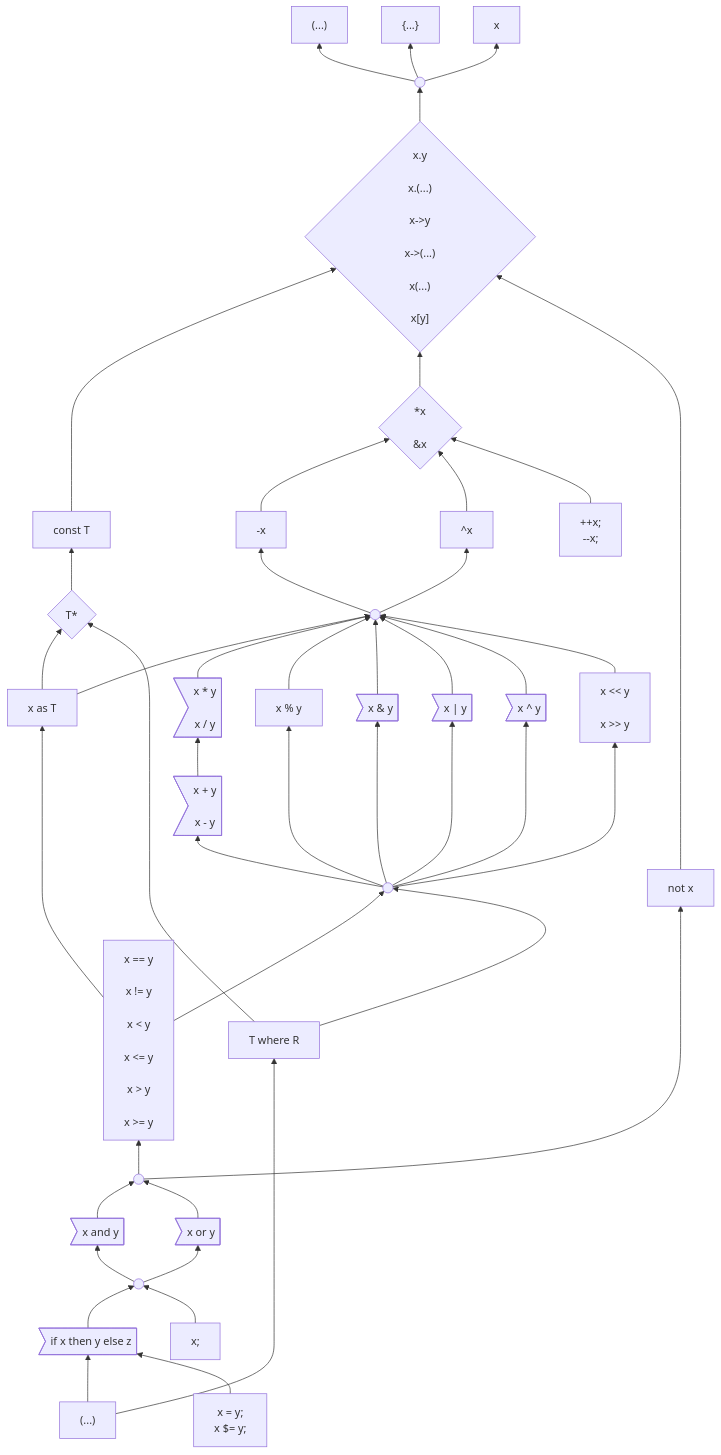
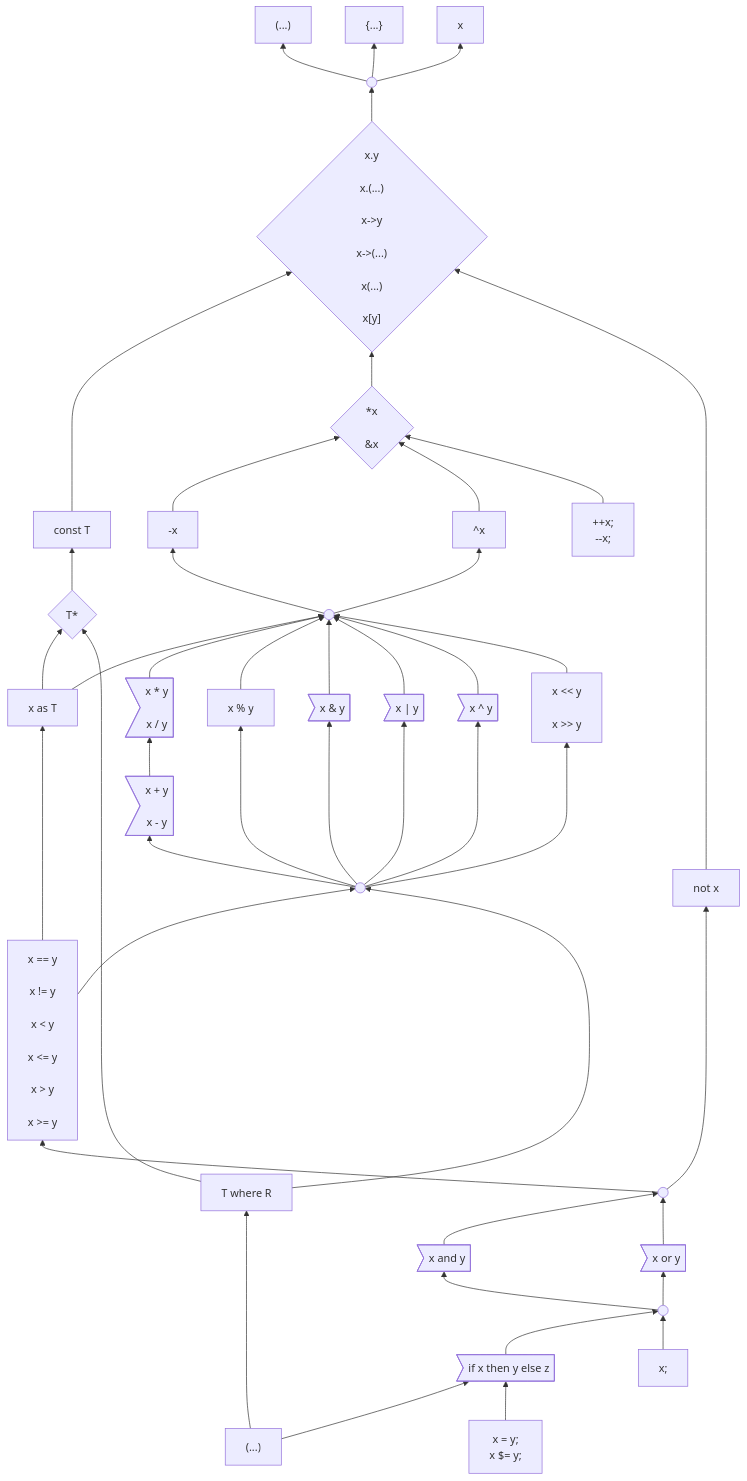
One commit to carbon-language/carbon-lang changed the first of 3 diagrams in docs/design/expressions/README.md. Above: the diagram before and after it, drawn with Mermaid.

Commit message:
Checkpoint progress.

````diff
--- a/docs/design/expressions/README.md
+++ b/docs/design/expressions/README.md
@@ -171,11 +171,11 @@
     binaryOps --> addition & modulo & bitwise_and & bitwise_or & bitwise_xor & shift
     comparison --> as & binaryOps
     where ----> pointerType
-    where --> binaryOps
+    where ---> binaryOps
     logicalOperand --> comparison & not
     and & or --> logicalOperand
     logicalExpression --> and & or
     if & expressionStatement --> logicalExpression
     insideParens & assignment --> if
-    insideParens -----> where
+    insideParens ----> where
 ```
````
